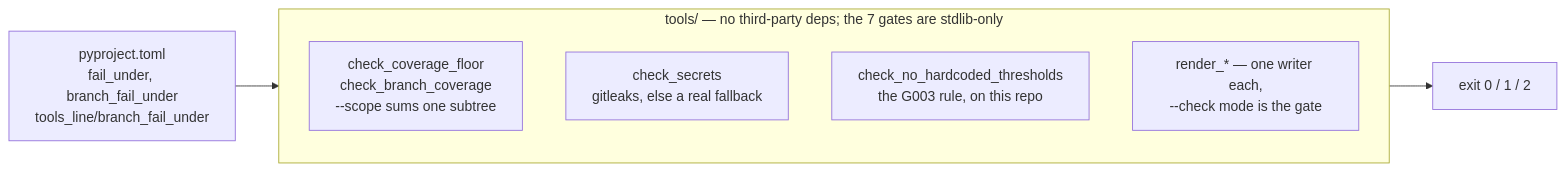
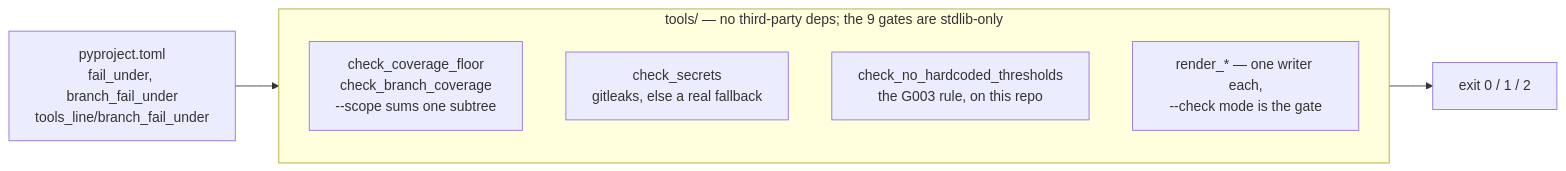
Before and after one commit to ianshank/planlint: the diagram in tools/AGENTS.md, drawn with Mermaid. The commit also changed other lines of this file and 18 other files, not shown here.

````diff
--- a/tools/AGENTS.md
+++ b/tools/AGENTS.md
@@ -8,12 +8,12 @@
 ```mermaid
 flowchart LR
     cfg["pyproject.toml<br/>fail_under, branch_fail_under<br/>tools_line/branch_fail_under"] --> gates
-    subgraph gates["tools/ — no third-party deps; the 7 gates are stdlib-only"]
+    subgraph gates["tools/ — no third-party deps; the 9 gates are stdlib-only"]
         direction TB
         cov["check_coverage_floor<br/>check_branch_coverage<br/>--scope sums one subtree"]
         sec["check_secrets<br/>gitleaks, else a real fallback"]
         thr["check_no_hardcoded_thresholds<br/>the G003 rule, on this repo"]
         gen["render_* — one writer each,<br/>--check mode is the gate"]
     end
     gates --> verdict["exit 0 / 1 / 2"]
 ```
````
